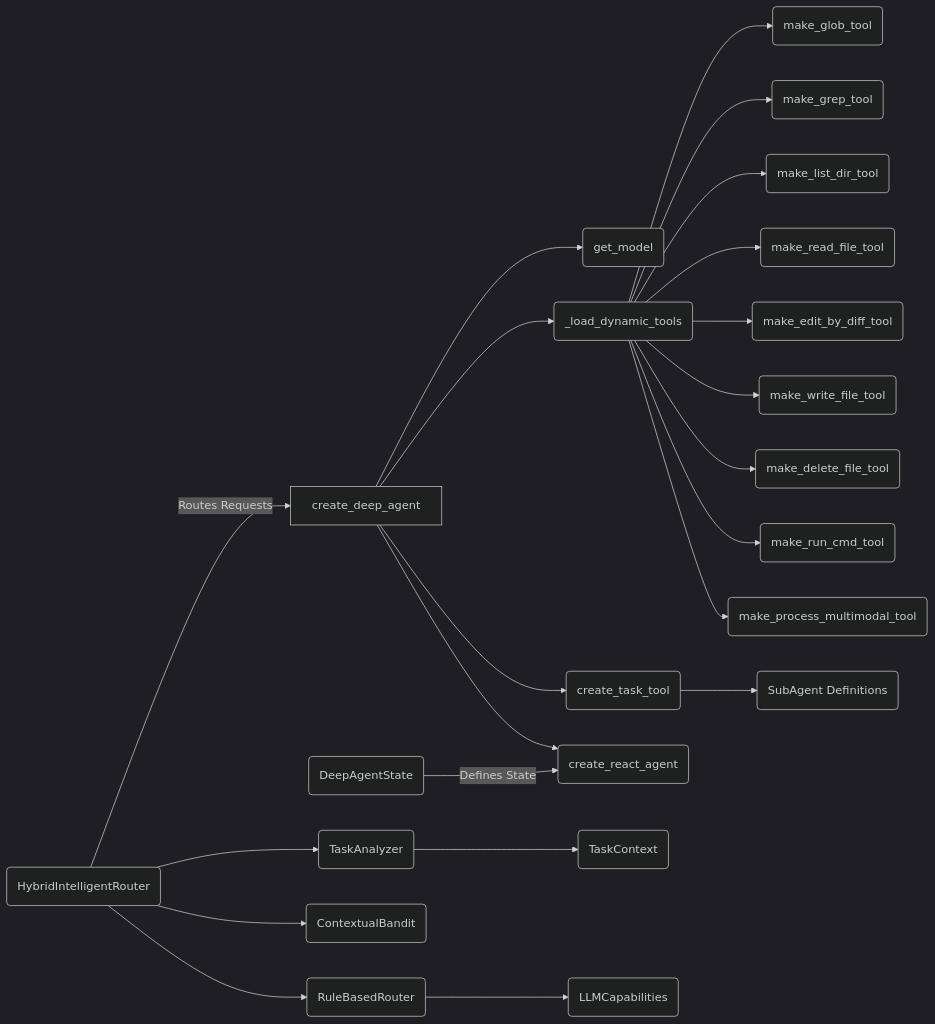
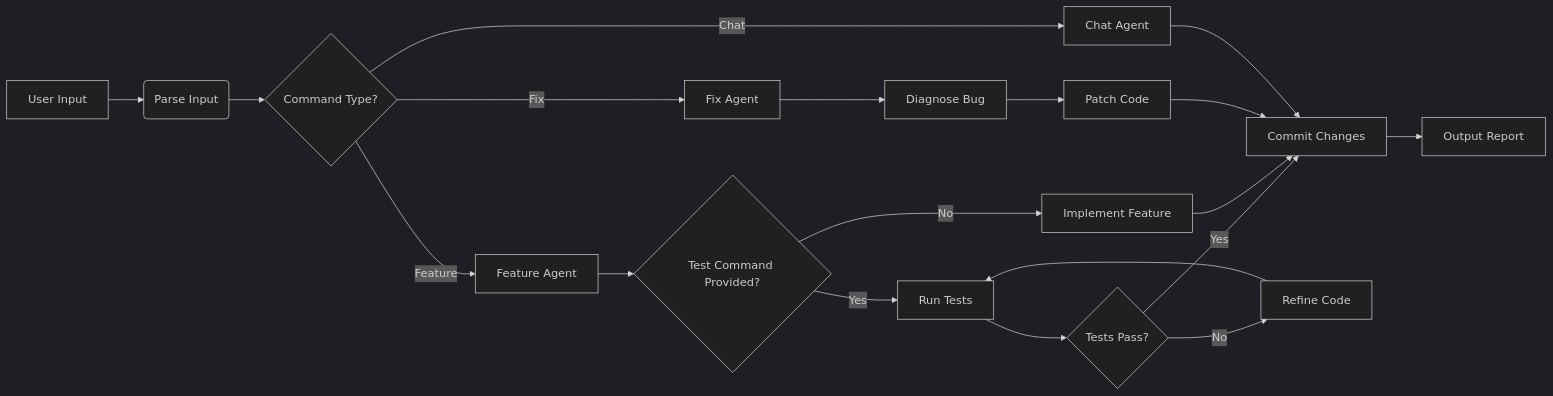
The diagram in logic_flow.md (zamalali/langchain-code), drawn with Mermaid (dark theme) before and after one commit.

Commit message:
Add mermaid diagram of logic flow

````diff
--- a/logic_flow.md
+++ b/logic_flow.md
@@ -1,24 +1,21 @@
 ```mermaid
 graph LR
-    A[create_deep_agent] --> B(get_model);
-    A --> C(_load_dynamic_tools);
-    C --> D(make_glob_tool);
-    C --> E(make_grep_tool);
-    C --> F(make_list_dir_tool);
-    C --> G(make_read_file_tool);
-    C --> H(make_edit_by_diff_tool);
-    C --> I(make_write_file_tool);
-    C --> J(make_delete_file_tool);
-    C --> K(make_run_cmd_tool);
-    C --> L(make_process_multimodal_tool);
-    A --> M(create_task_tool);
-    M --> N(SubAgent Definitions);
-    A --> O(create_react_agent);
-    P(DeepAgentState) -- Defines State --> O;
-    Q(HybridIntelligentRouter) -- Routes Requests --> A;
-    Q --> R(TaskAnalyzer);
-    R --> S(TaskContext);
-    Q --> T(ContextualBandit);
-    Q --> U(RuleBasedRouter);
-    U --> V(LLMCapabilities);
+    A[User Input] --> B(Parse Input)
+    B --> C{Command Type?}
+    C -- Chat --> D[Chat Agent]
+    C -- Feature --> E[Feature Agent]
+    C -- Fix --> F[Fix Agent]
+    E --> G{Test Command Provided?}
+    G -- Yes --> H[Run Tests]
+    G -- No --> I[Implement Feature]
+    F --> J[Diagnose Bug]
+    J --> K[Patch Code]
+    H --> L{Tests Pass?}
+    L -- Yes --> M[Commit Changes]
+    L -- No --> N[Refine Code]
+    N --> H
+    I --> M
+    K --> M
+    D --> M
+    M --> O[Output Report]
 ```
````
